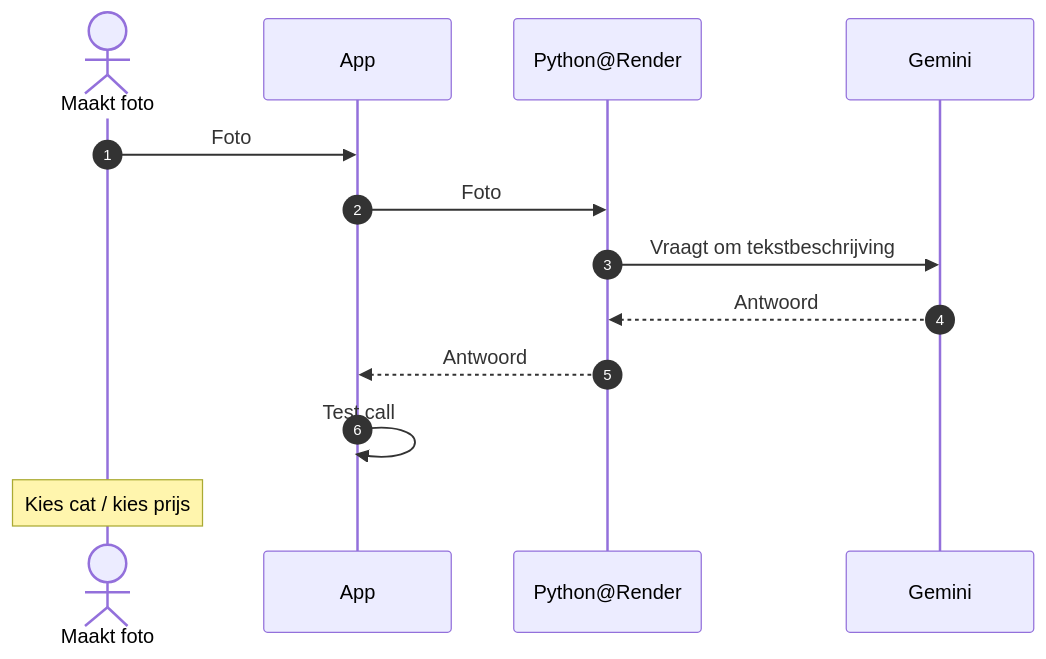
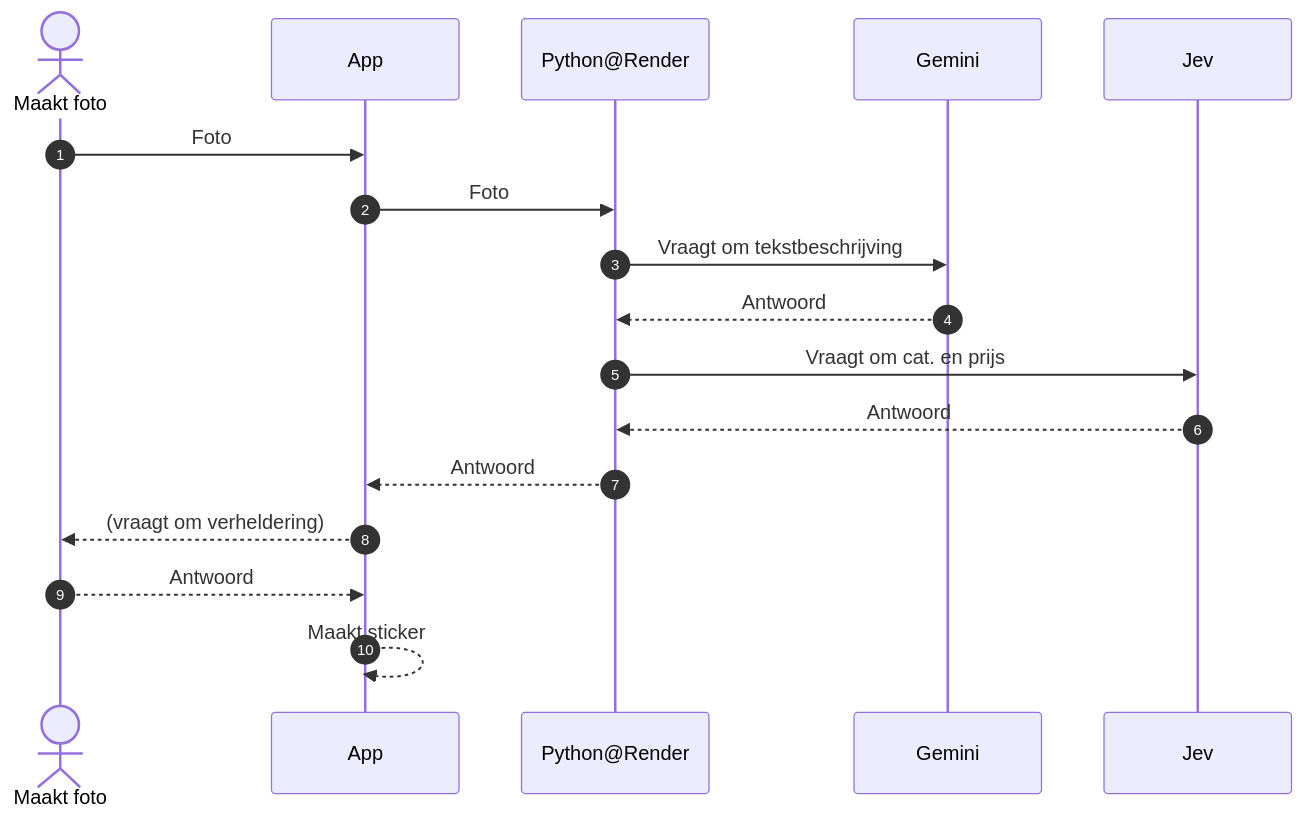
The diagram in Wireframes/sequenceDiag.md (tomsch1kels/shittier), drawn with Mermaid before and after one commit.

Commit message:
Edit seq diag

````diff
--- a/Wireframes/sequenceDiag.md
+++ b/Wireframes/sequenceDiag.md
@@ -2,16 +2,20 @@
 ```mermaid
 sequenceDiagram
     autonumber
     actor MaaktFoto as Maakt foto
     participant App as App
     participant Flask as Python@Render
     participant Gemini as Gemini
+    participant Jev as Jev
 
     MaaktFoto->>App: Foto
     App->>Flask: Foto
     Flask->>Gemini: Vraagt om tekstbeschrijving
     Gemini-->>Flask: Antwoord
+    Flask->>Jev: Vraagt om cat. en prijs
+    Jev-->>Flask: Antwoord
     Flask-->>App: Antwoord
-    App->>App: Test call
-    Note over MaaktFoto: Kies cat / kies prijs
+    App-->>MaaktFoto: (vraagt om verheldering)
+    MaaktFoto-->>App: Antwoord
+    App-->>App: Maakt sticker
 ```
````
